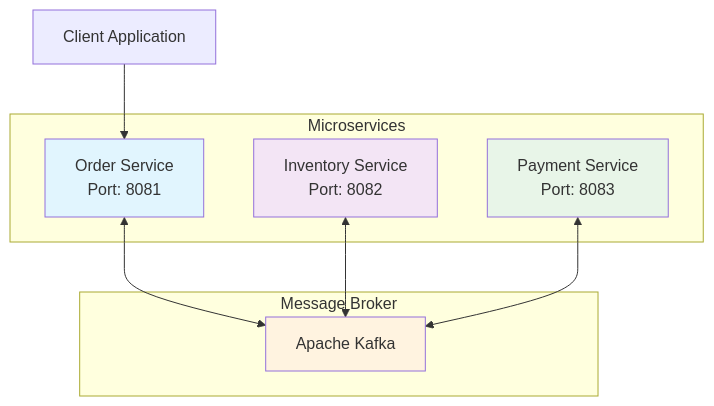
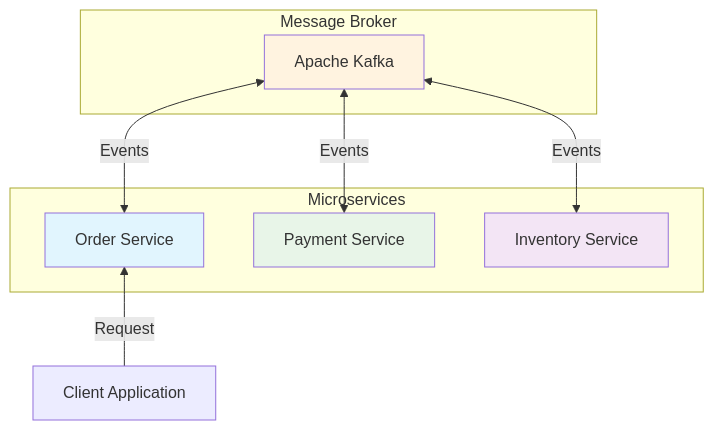
One commit to kimjunyoung90/saga-examples changed the diagram in choreography/README.md. Above: the diagram before and after it, drawn with Mermaid. The commit also changed other lines of this file, not shown here.

Commit message:
docs: choreography readme 파일 업데이트

````diff
--- a/choreography/README.md
+++ b/choreography/README.md
@@ -7,27 +7,20 @@
 ```mermaid
-graph TB
-        Client[Client Application]
-        
-        subgraph "Message Broker"
-            Kafka[Apache Kafka]
-        end
-        
-        subgraph "Microservices"
-            OS[Order Service<br/>Port: 8081]
-            IS[Inventory Service<br/>Port: 8082]
-            PS[Payment Service<br/>Port: 8083]
-        end
-        
-    Client --> OS
-    
-    OS <--> Kafka
-    IS <--> Kafka
-    PS <--> Kafka
-    
+flowchart BT
+    subgraph subGraph0["Message Broker"]
+        Kafka["Apache Kafka"]
+    end
+    subgraph Microservices["Microservices"]
+        OS["Order Service"]
+        PS["Payment Service"]
+        IS["Inventory Service"]
+    end
+    Client["Client Application"] -- Request --> OS
+    OS <-- Events --> Kafka
+    PS <-- Events --> Kafka
+    IS <-- Events --> Kafka
 
-    
+    style Kafka fill:#fff3e0
     style OS fill:#e1f5fe
+    style PS fill:#e8f5e8
     style IS fill:#f3e5f5
-    style PS fill:#e8f5e8
-    style Kafka fill:#fff3e0
 ```
````
